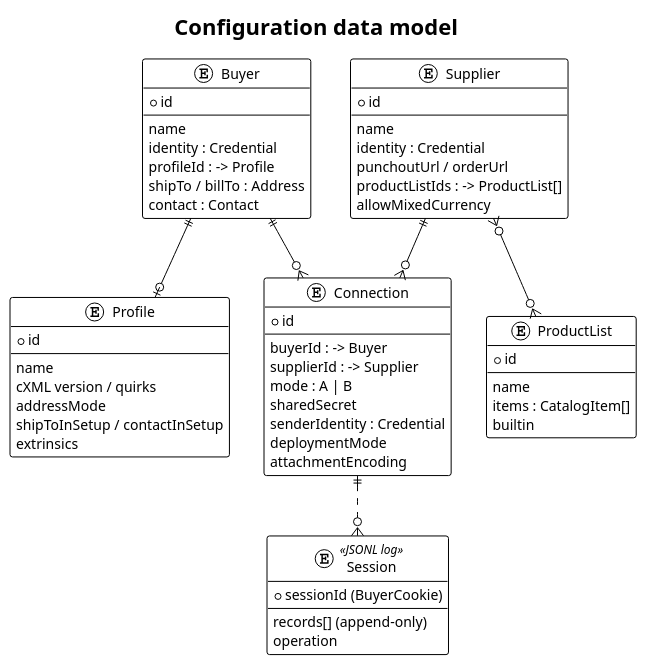
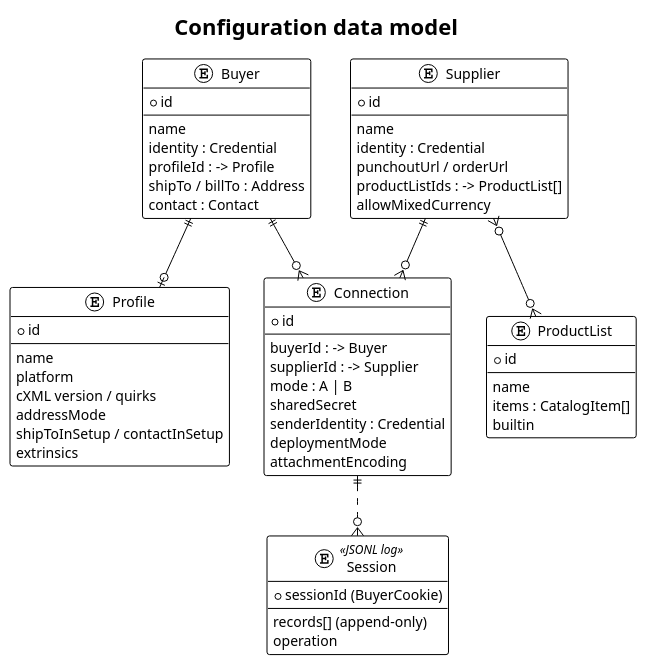
The diagram in docs/diagrams/data-model.puml (slawomir-szostak/punchout-simulator), drawn with PlantUML before and after one commit. The commit also changed 17 other files, not shown here.

```diff
--- a/docs/diagrams/data-model.puml
+++ b/docs/diagrams/data-model.puml
@@ -1,67 +1,68 @@
 @startuml data-model
 !theme plain
 title Configuration data model
 
 entity Buyer {
   * id
   --
   name
   identity : Credential
   profileId : -> Profile
   shipTo / billTo : Address
   contact : Contact
 }
 
 entity Supplier {
   * id
   --
   name
   identity : Credential
   punchoutUrl / orderUrl
   productListIds : -> ProductList[]
   allowMixedCurrency
 }
 
 entity Connection {
   * id
   --
   buyerId : -> Buyer
   supplierId : -> Supplier
   mode : A | B
   sharedSecret
   senderIdentity : Credential
   deploymentMode
   attachmentEncoding
 }
 
 entity Profile {
   * id
   --
   name
+  platform
   cXML version / quirks
   addressMode
   shipToInSetup / contactInSetup
   extrinsics
 }
 
 entity ProductList {
   * id
   --
   name
   items : CatalogItem[]
   builtin
 }
 
 entity Session <<JSONL log>> {
   * sessionId (BuyerCookie)
   --
   records[] (append-only)
   operation
 }
 
 Buyer ||--o| Profile
 Buyer ||--o{ Connection
 Supplier ||--o{ Connection
 Supplier }o--o{ ProductList
 Connection ||..o{ Session
 @enduml
```
